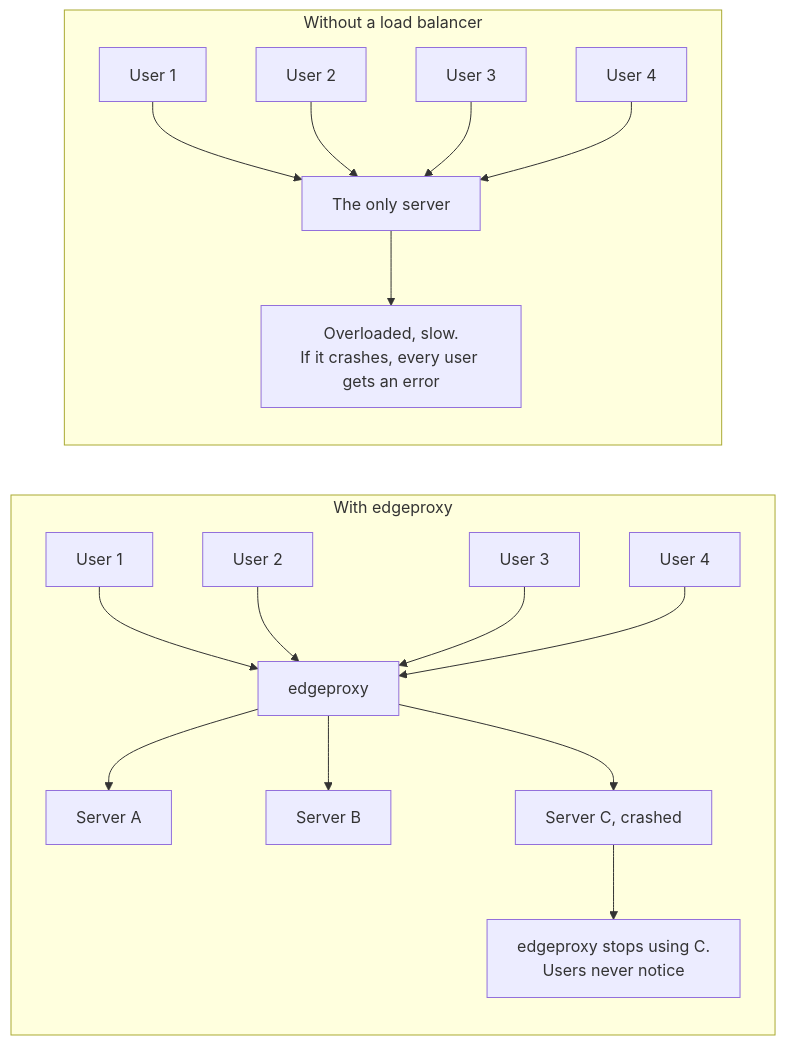
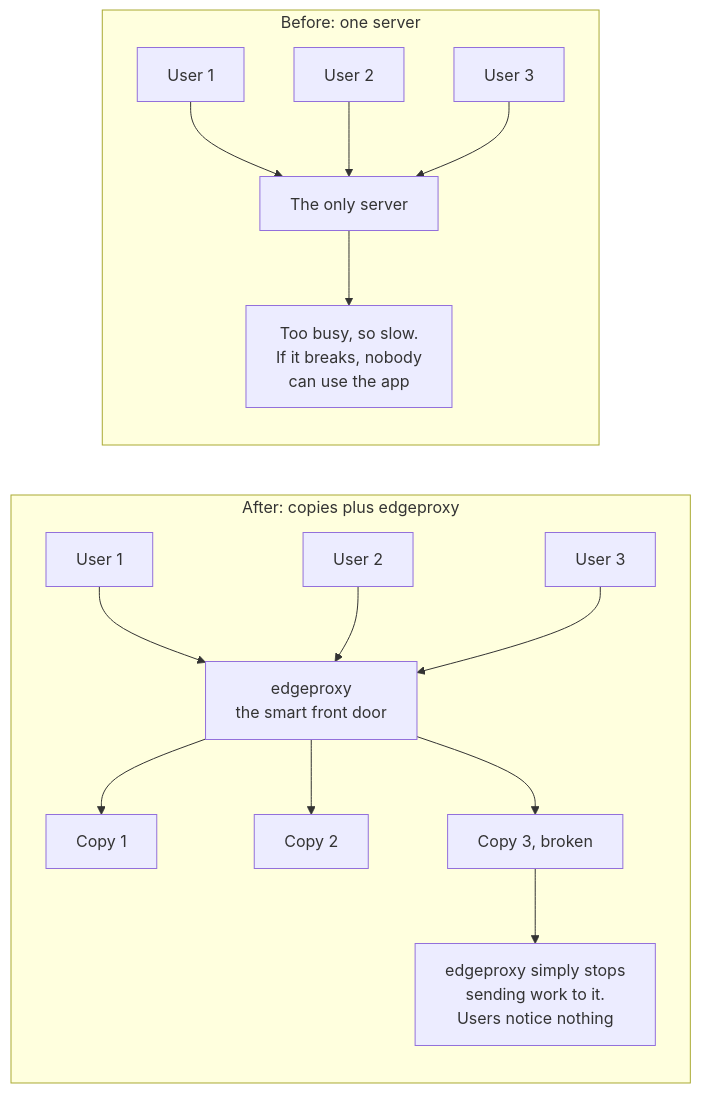
Before and after one commit to pavanaditya123/edgeproxy: the first of 20 diagrams in README.md, drawn with Mermaid. The commit also changed other lines of this file and 1 other file, not shown here.

````diff
--- a/README.md
+++ b/README.md
@@ -59,23 +47,21 @@
 ```mermaid
 flowchart TB
-    subgraph ONE["Without a load balancer"]
+    subgraph ONE["Before: one server"]
         direction TB
         U1["User 1"] --> S1["The only server"]
         U2["User 2"] --> S1
         U3["User 3"] --> S1
-        U4["User 4"] --> S1
-        S1 --> X1["Overloaded, slow.<br/>If it crashes, every user gets an error"]
+        S1 --> X1["Too busy, so slow.<br/>If it breaks, nobody<br/>can use the app"]
     end
-    subgraph MANY["With edgeproxy"]
+    subgraph MANY["After: copies plus edgeproxy"]
         direction TB
-        V1["User 1"] --> LB["edgeproxy"]
+        V1["User 1"] --> LB["edgeproxy<br/>the smart front door"]
         V2["User 2"] --> LB
         V3["User 3"] --> LB
-        V4["User 4"] --> LB
-        LB --> SA["Server A"]
-        LB --> SB["Server B"]
-        LB --> SC["Server C, crashed"]
-        SC --> X2["edgeproxy stops using C.<br/>Users never notice"]
+        LB --> SA["Copy 1"]
+        LB --> SB["Copy 2"]
+        LB --> SC["Copy 3, broken"]
+        SC --> X2["edgeproxy simply stops<br/>sending work to it.<br/>Users notice nothing"]
     end
     ONE ~~~ MANY
 ```
````
